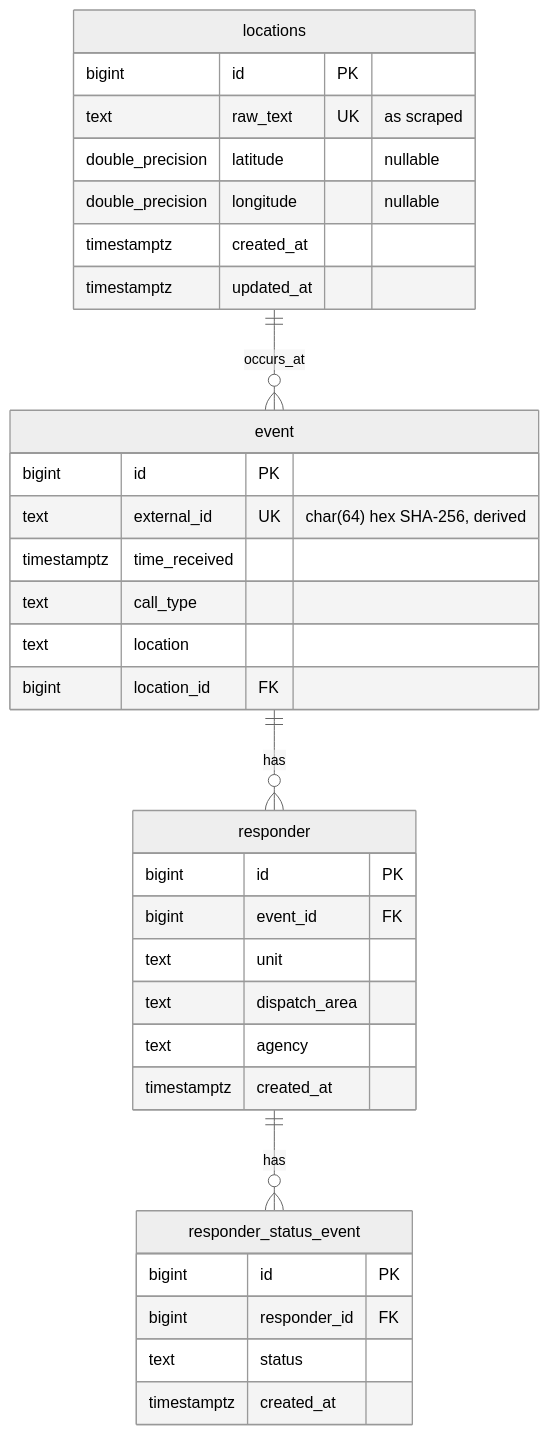
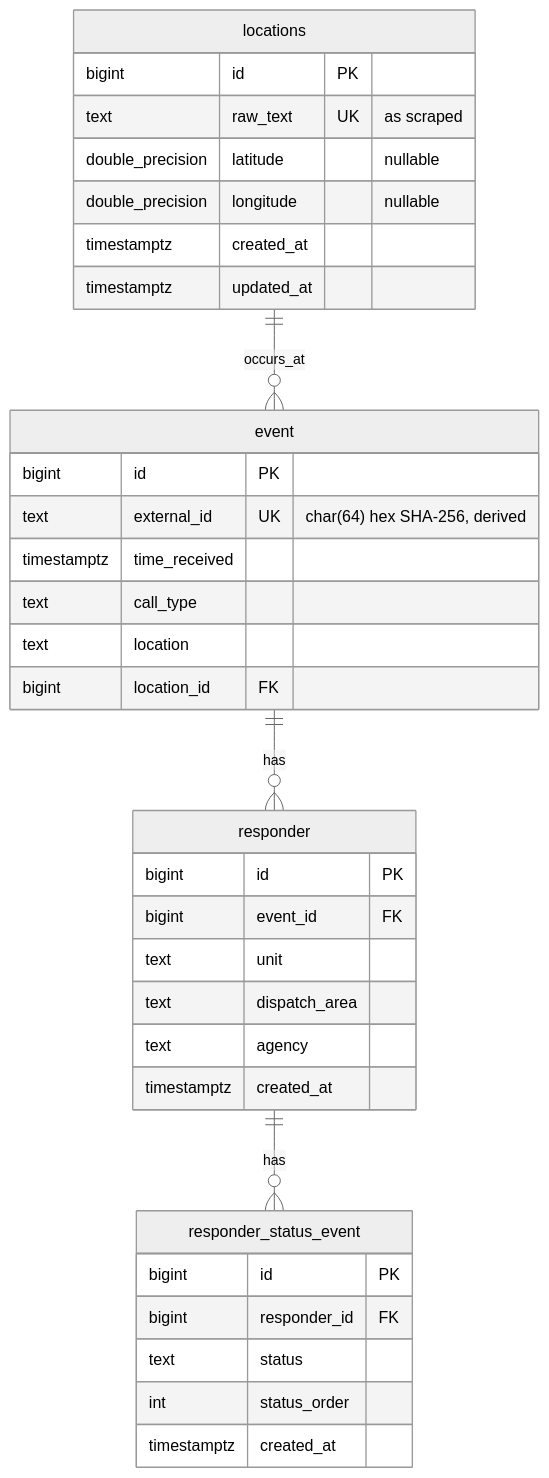
One commit to durid-ah/dispatch-map changed the second of 4 diagrams in docs/erd.md. Above: the diagram before and after it, drawn with Mermaid (neutral theme). The commit also changed other lines of this file and 3 other files, not shown here.

Commit message:
migrations: add column to keep track of the  status order

````diff
--- a/docs/erd.md
+++ b/docs/erd.md
@@ -46,40 +46,41 @@
 ```mermaid
 erDiagram
     event ||--o{ responder : has
     responder ||--o{ responder_status_event : has
     locations ||--o{ event : occurs_at
 
     locations {
         bigint id PK
         text raw_text UK "as scraped"
         double_precision latitude "nullable"
         double_precision longitude "nullable"
         timestamptz created_at
         timestamptz updated_at
     }
 
     event {
         bigint id PK
         text external_id UK "char(64) hex SHA-256, derived"
         timestamptz time_received
         text call_type
         text location
         bigint location_id FK
     }
 
     responder {
         bigint id PK
         bigint event_id FK
         text unit
         text dispatch_area
         text agency
         timestamptz created_at
     }
 
     responder_status_event {
         bigint id PK
         bigint responder_id FK
         text status
+        int status_order
         timestamptz created_at
     }
 ```
````
